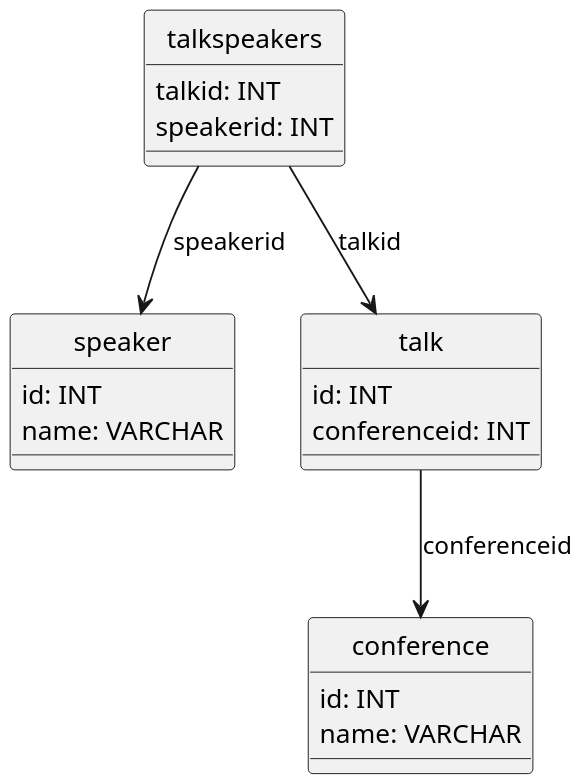
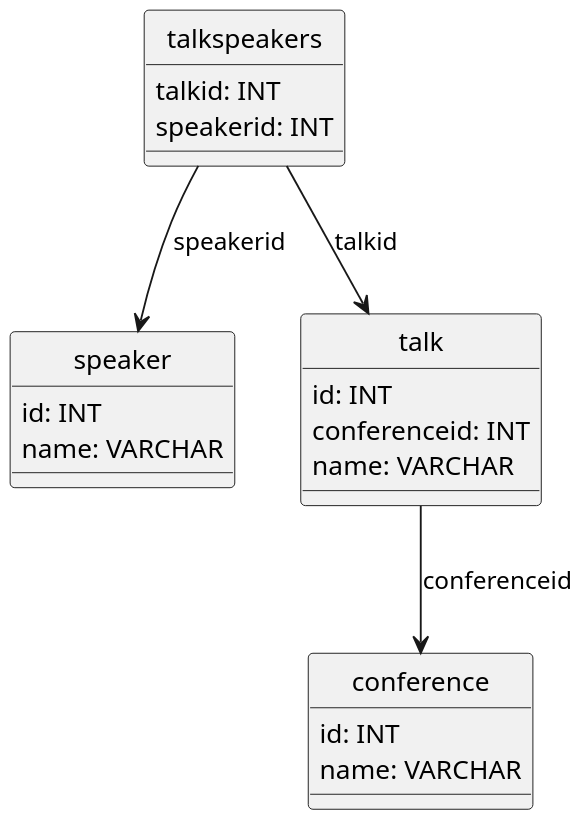
Before and after one commit to inponomarev/java-mipt: the fifth of 5 diagrams in slides08/src/main/asciidoc/lecture.adoc, drawn with PlantUML.

Commit message:
fix lecture8

```diff
--- a/slides08/src/main/asciidoc/lecture.adoc
+++ b/slides08/src/main/asciidoc/lecture.adoc
@@ -270,35 +270,36 @@
 [plantuml, systemtables, png]
 ----
 @startuml
 skinparam dpi 180
 
 hide circle
 
 class speaker {
   id: INT
   name: VARCHAR
 }
 
 class conference {
   id: INT
   name: VARCHAR
 }
 
 class talk {
   id: INT
   conferenceid: INT
+  name: VARCHAR
 }
 
 class talkspeakers {
  talkid: INT
  speakerid: INT
 }
 
 talk --> conference: conferenceid 
 
 talkspeakers --> speaker: speakerid 
 
 talkspeakers --> talk: talkid 
 
 @enduml
 ----
```
